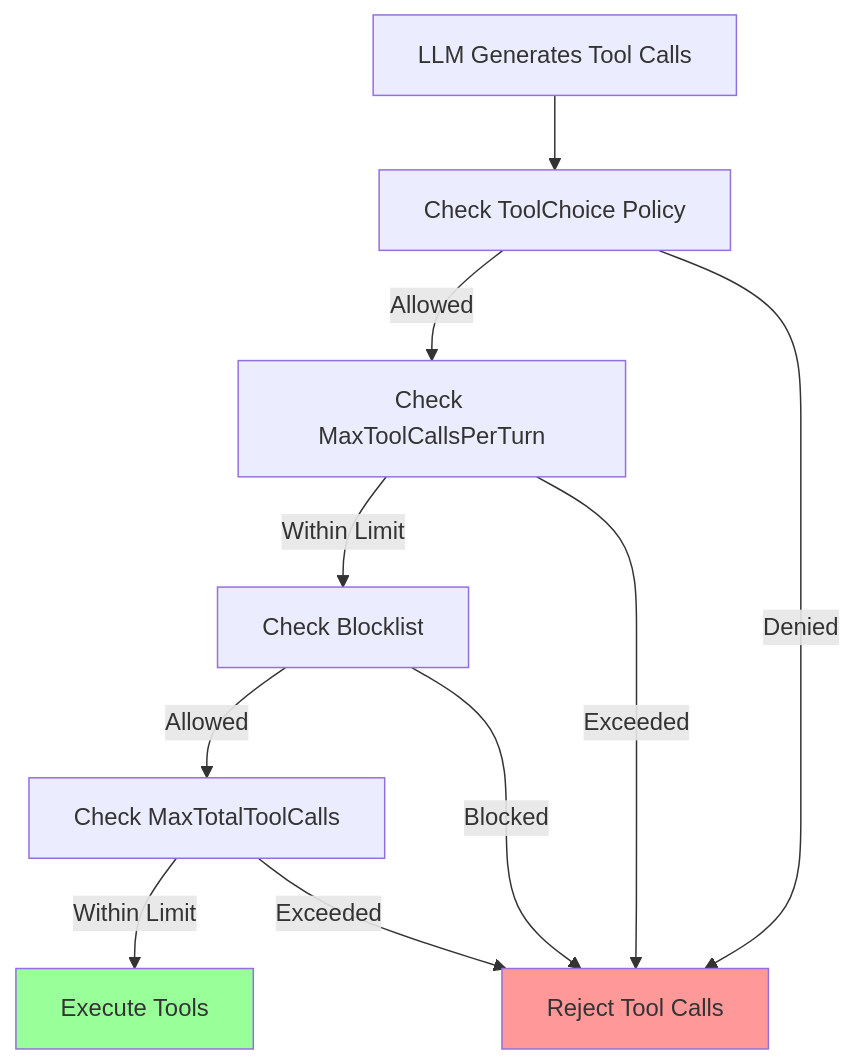
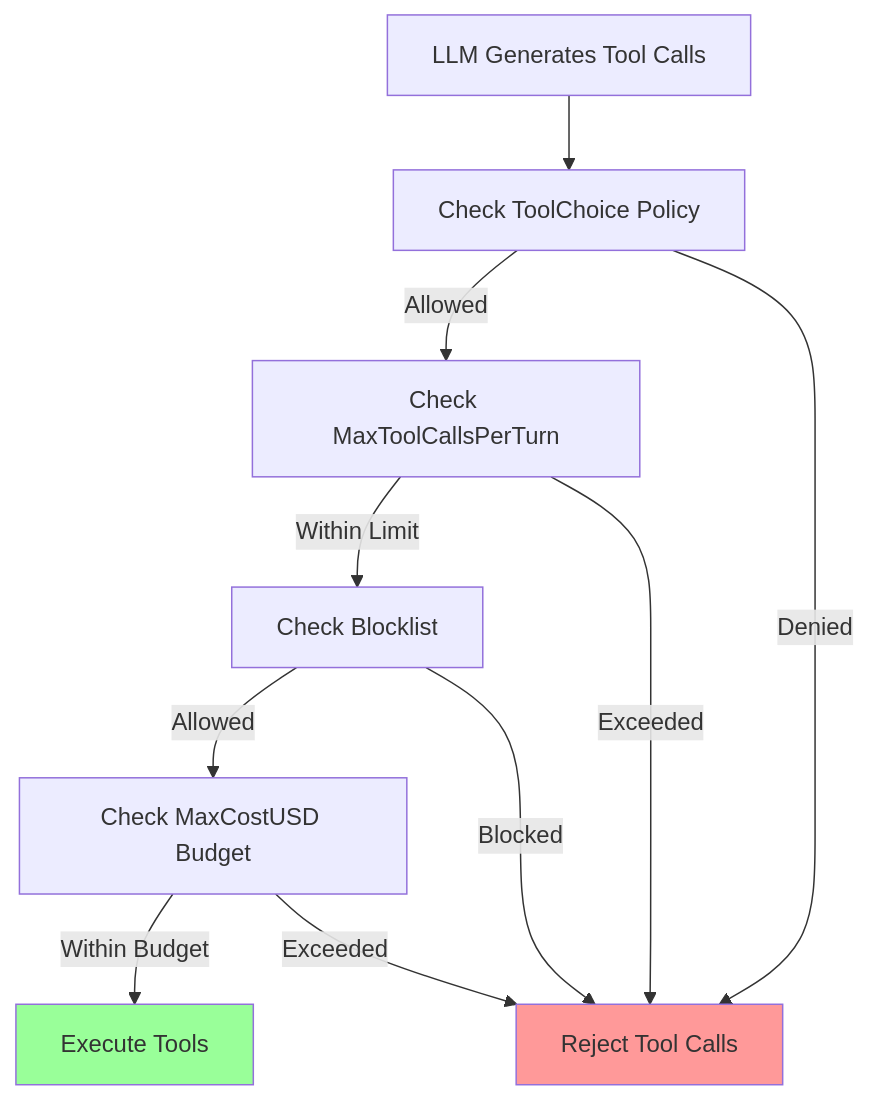
Before and after one commit to AltairaLabs/PromptKit: the eighth of 11 diagrams in docs/src/content/docs/architecture/runtime-tools-mcp.md, drawn with Mermaid. The commit also changed other lines of this file and 23 other files, not shown here.

First line of the commit message:
feat: complete compactor — default-on, events, cost budget, MaxRounds 50 (#788)

````diff
--- a/docs/src/content/docs/architecture/runtime-tools-mcp.md
+++ b/docs/src/content/docs/architecture/runtime-tools-mcp.md
@@ -699,23 +702,23 @@
 ```mermaid
 graph TD
     Request["LLM Generates Tool Calls"]
     CheckChoice["Check ToolChoice Policy"]
     CheckCount["Check MaxToolCallsPerTurn"]
     CheckBlocklist["Check Blocklist"]
-    CheckTotal["Check MaxTotalToolCalls"]
+    CheckCost["Check MaxCostUSD Budget"]
     Execute["Execute Tools"]
     Reject["Reject Tool Calls"]
 
     Request --> CheckChoice
     CheckChoice -->|Allowed| CheckCount
     CheckChoice -->|Denied| Reject
     CheckCount -->|Within Limit| CheckBlocklist
     CheckCount -->|Exceeded| Reject
-    CheckBlocklist -->|Allowed| CheckTotal
+    CheckBlocklist -->|Allowed| CheckCost
     CheckBlocklist -->|Blocked| Reject
-    CheckTotal -->|Within Limit| Execute
-    CheckTotal -->|Exceeded| Reject
+    CheckCost -->|Within Budget| Execute
+    CheckCost -->|Exceeded| Reject
 
     style Execute fill:#9f9
     style Reject fill:#f99
 ```
````
